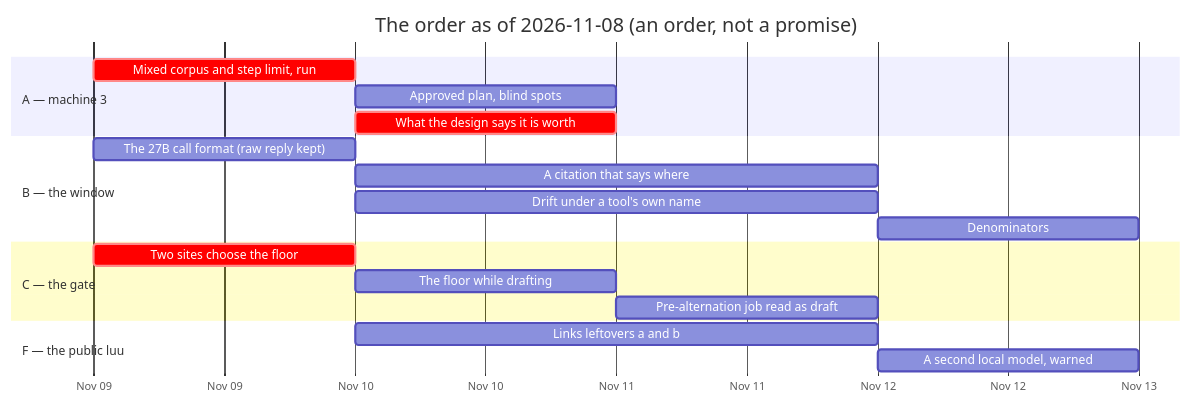
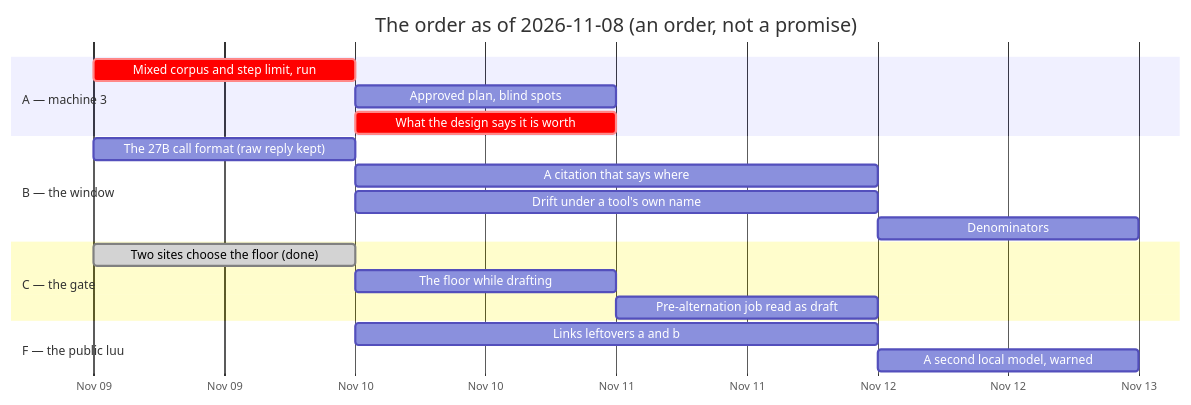
Before and after one commit to jgermade/luu: the diagram in ROADMAP/2026-11-08/README.md, drawn with Mermaid. The commit also changed other lines of this file and 3 other files, not shown here.

````diff
--- a/ROADMAP/2026-11-08/README.md
+++ b/ROADMAP/2026-11-08/README.md
@@ -161,22 +161,22 @@
 ```mermaid
 gantt
     title The order as of 2026-11-08 (an order, not a promise)
     dateFormat YYYY-MM-DD
     axisFormat %b %d
     section A — machine 3
     Mixed corpus and step limit, run       :crit, run, 2026-11-09, 1d
     Approved plan, blind spots             :appr, after run, 1d
     What the design says it is worth       :crit, claim, after run, 1d
     section B — the window
     The 27B call format (raw reply kept)   :fmt, 2026-11-09, 1d
     A citation that says where             :ptr, after run, 2d
     Drift under a tool's own name          :drift, after fmt, 2d
     Denominators                           :tally, after drift, 1d
     section C — the gate
-    Two sites choose the floor             :crit, sites, 2026-11-09, 1d
+    Two sites choose the floor (done)      :done, sites, 2026-11-09, 1d
     The floor while drafting               :floor, after sites, 1d
     Pre-alternation job read as draft      :prealt, after floor, 1d
     section F — the public luu
     Links leftovers a and b                :links, 2026-11-10, 2d
     A second local model, warned           :mem, after links, 1d
 ```
````
